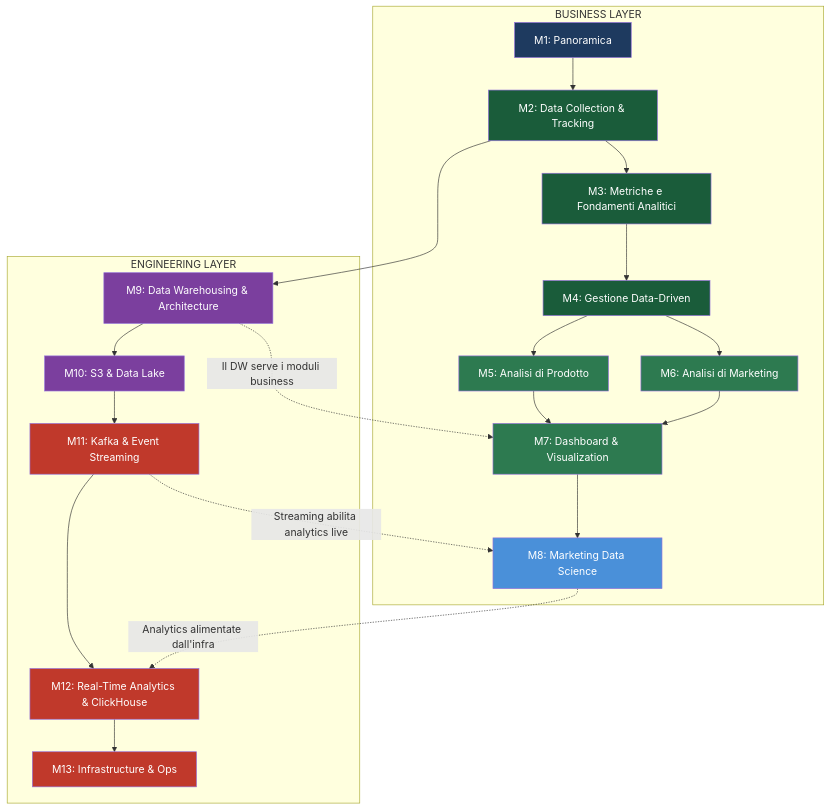
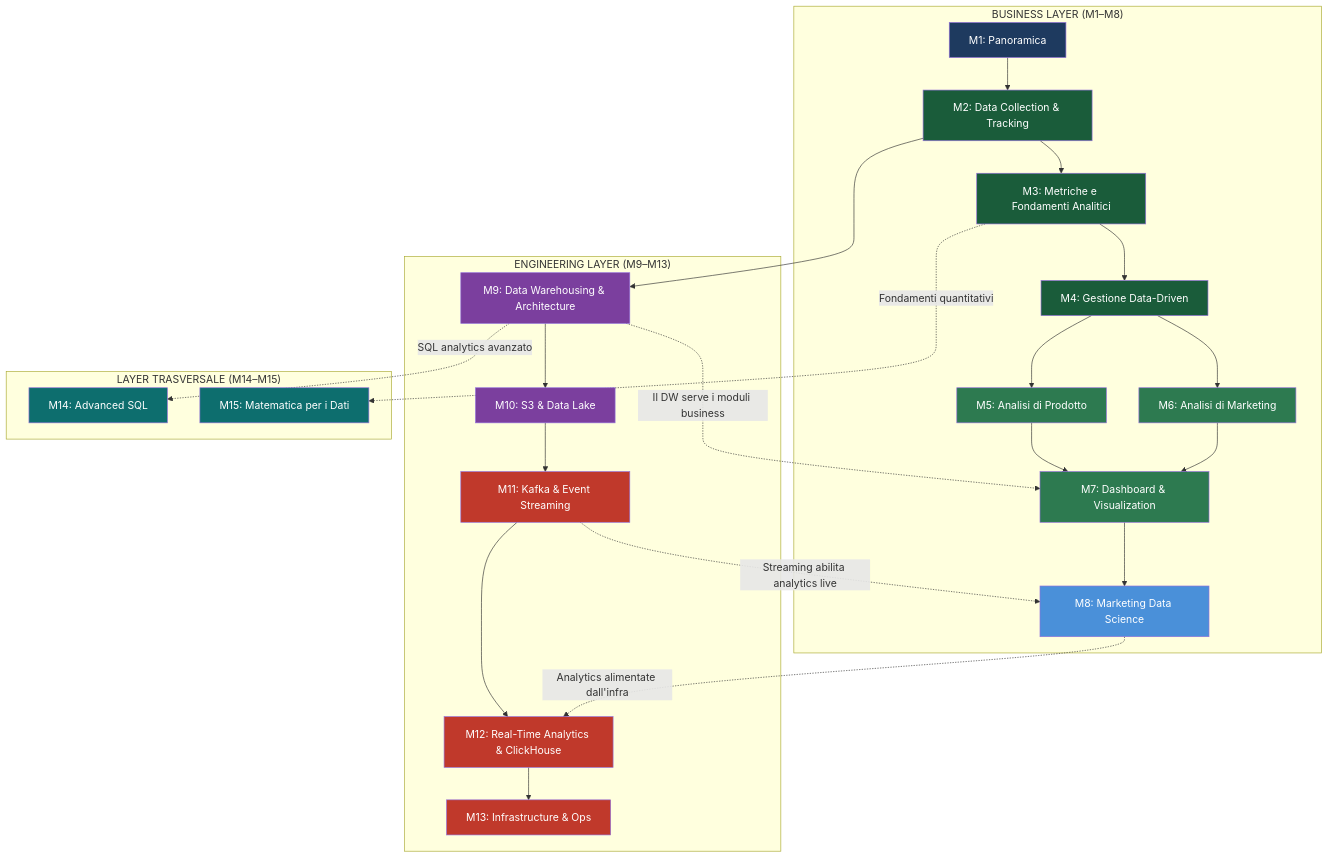
Before and after one commit to AndreyBertasini/gynnitech: the first of 5 diagrams in src/content/corso/panoramica/mappe-concettuali.mdx, drawn with Mermaid. The commit also changed other lines of this file and 1 other file, not shown here.

````diff
--- a/src/content/corso/panoramica/mappe-concettuali.mdx
+++ b/src/content/corso/panoramica/mappe-concettuali.mdx
@@ -26,39 +28,46 @@
 ```mermaid
 graph TD
-    subgraph BL["BUSINESS LAYER"]
+    subgraph BL["BUSINESS LAYER (M1–M8)"]
         M1["M1: Panoramica"] --> M2["M2: Data Collection & Tracking"]
         M2 --> M3["M3: Metriche e Fondamenti Analitici"]
         M3 --> M4["M4: Gestione Data-Driven"]
         M4 --> M5["M5: Analisi di Prodotto"]
         M4 --> M6["M6: Analisi di Marketing"]
         M5 --> M7["M7: Dashboard & Visualization"]
         M6 --> M7
         M7 --> M8["M8: Marketing Data Science"]
     end
 
-    subgraph EL["ENGINEERING LAYER"]
+    subgraph EL["ENGINEERING LAYER (M9–M13)"]
         M2 --> M9["M9: Data Warehousing & Architecture"]
         M9 --> M10["M10: S3 & Data Lake"]
         M10 --> M11["M11: Kafka & Event Streaming"]
         M11 --> M12["M12: Real-Time Analytics & ClickHouse"]
         M12 --> M13["M13: Infrastructure & Ops"]
+    end
+
+    subgraph TL["LAYER TRASVERSALE (M14–M15)"]
+        M9 -.->|"SQL analytics avanzato"| M14["M14: Advanced SQL"]
+        M3 -.->|"Fondamenti quantitativi"| M15["M15: Matematica per i Dati"]
     end
 
     M8 -.->|"Analytics alimentate dall'infra"| M12
     M9 -.->|"Il DW serve i moduli business"| M7
     M11 -.->|"Streaming abilita analytics live"| M8
 
     style M1 fill:#1e3a5f,color:#fff
     style M2 fill:#1a5c3a,color:#fff
     style M3 fill:#1a5c3a,color:#fff
     style M4 fill:#1a5c3a,color:#fff
     style M5 fill:#2d7a50,color:#fff
     style M6 fill:#2d7a50,color:#fff
     style M7 fill:#2d7a50,color:#fff
     style M8 fill:#4a90d9,color:#fff
     style M9 fill:#7b3f9e,color:#fff
     style M10 fill:#7b3f9e,color:#fff
     style M11 fill:#c0392b,color:#fff
     style M12 fill:#c0392b,color:#fff
     style M13 fill:#c0392b,color:#fff
+    style M14 fill:#0d6e6e,color:#fff
+    style M15 fill:#0d6e6e,color:#fff
 ```
````
